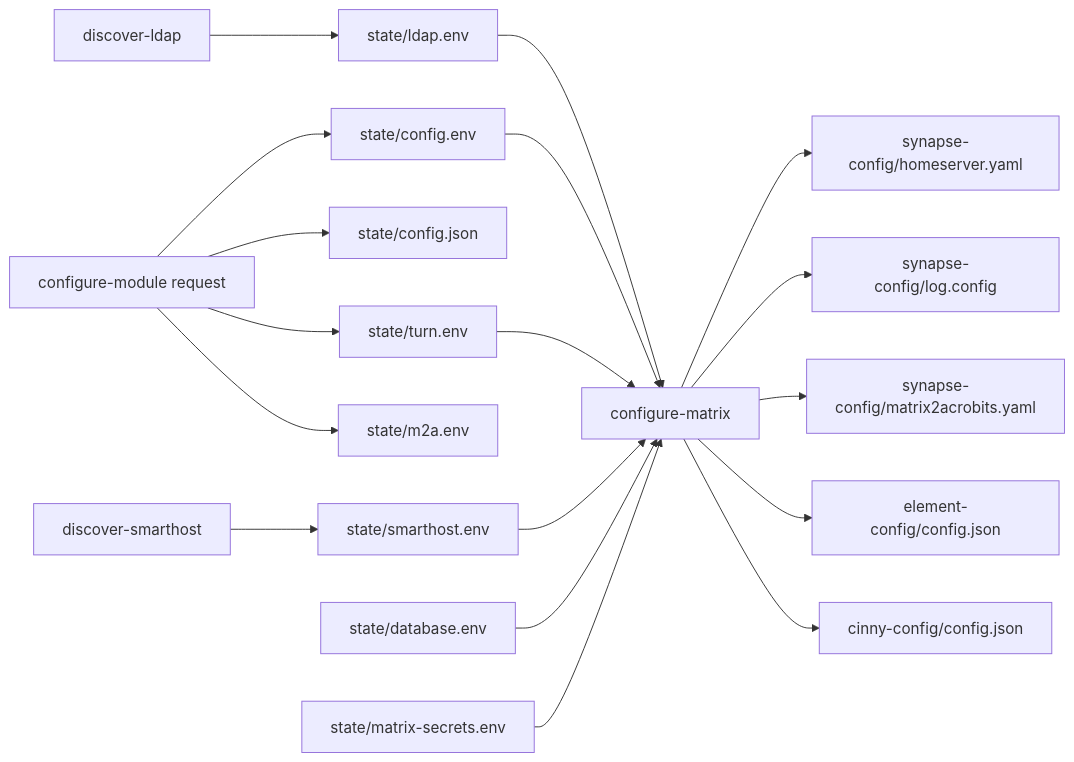
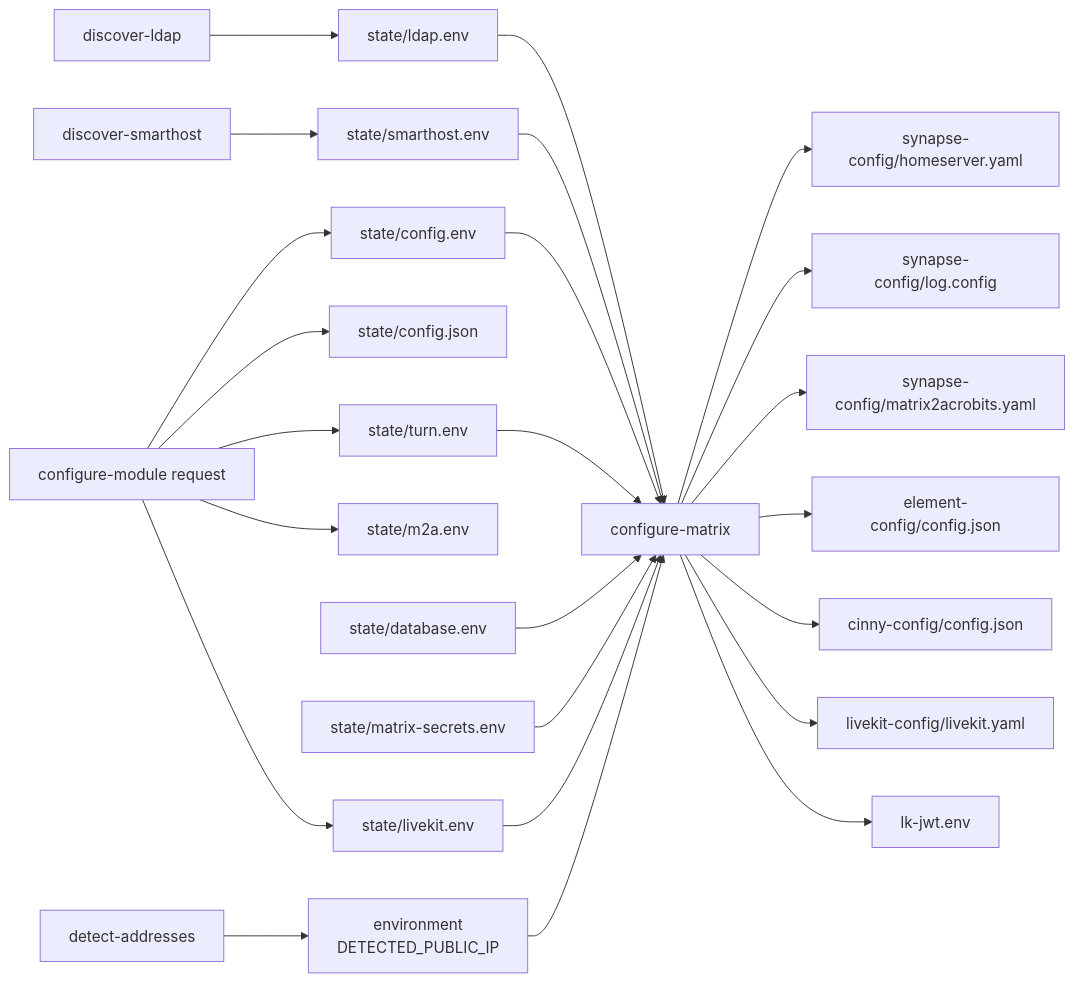
Before and after one commit to NethServer/ns8-matrix: the fourth of 5 diagrams in docs/architecture.md, drawn with Mermaid. The commit also changed other lines of this file and 1 other file, not shown here.

Commit message:
docs: draw LiveKit in the README and architecture diagrams

````diff
--- a/docs/architecture.md
+++ b/docs/architecture.md
@@ -144,21 +179,27 @@
 ```mermaid
 flowchart LR
     R[configure-module request] --> CE[state/config.env]
     R --> CJ[state/config.json]
     R --> TE[state/turn.env]
     DL[discover-ldap] --> LE[state/ldap.env]
     R --> ME[state/m2a.env]
     DS[discover-smarthost] --> SE[state/smarthost.env]
     CM[configure-matrix]
     CE --> CM
     LE --> CM
     SE --> CM
     TE --> CM
     DB[state/database.env] --> CM
     MS[state/matrix-secrets.env] --> CM
     CM --> H[synapse-config/homeserver.yaml]
     CM --> LC[synapse-config/log.config]
     CM --> A[synapse-config/matrix2acrobits.yaml]
     CM --> EC[element-config/config.json]
     CM --> CC[cinny-config/config.json]
+    DA[detect-addresses] --> DE["environment<br/>DETECTED_PUBLIC_IP"]
+    R --> LV[state/livekit.env]
+    DE --> CM
+    LV --> CM
+    CM --> LY[livekit-config/livekit.yaml]
+    CM --> LJ[lk-jwt.env]
 ```
````
